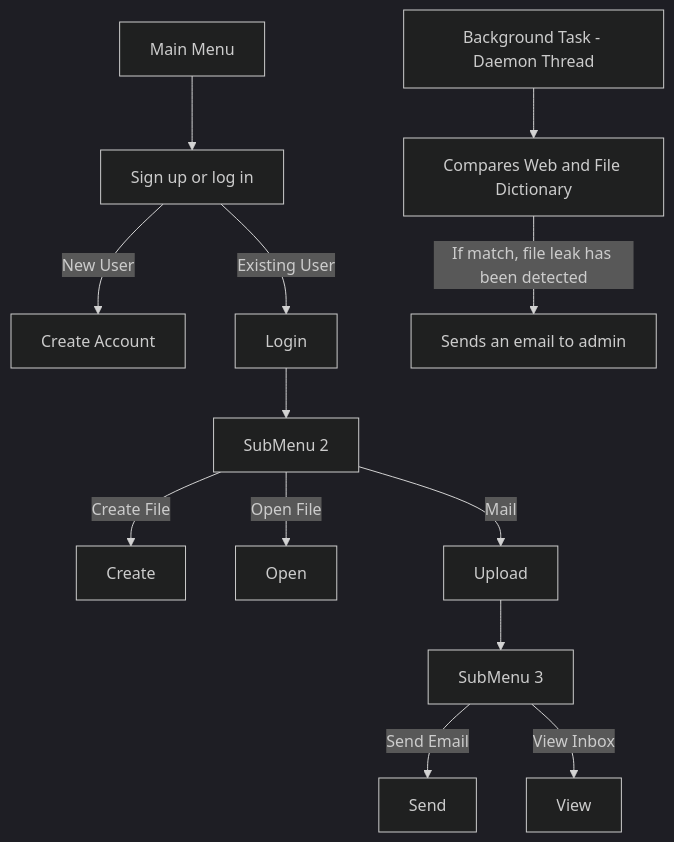
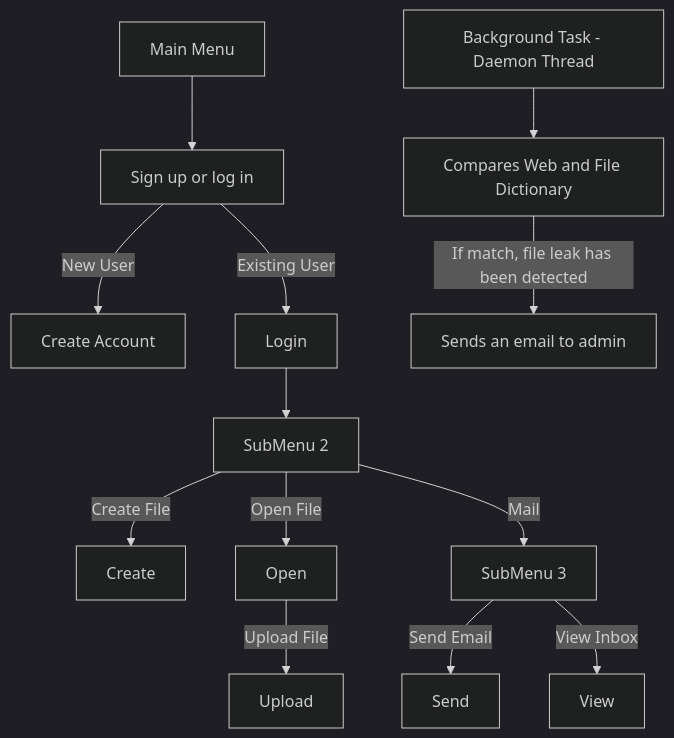
Before and after one commit to SivaaB/File_Leak_Detection: the diagram in flowchart.md, drawn with Mermaid (dark theme).

````diff
--- a/flowchart.md
+++ b/flowchart.md
@@ -1,15 +1,15 @@
 ```mermaid
  graph TD;
     A[Main Menu]-->B[Sign up or log in]
     B -->|New User| C[Create Account]
     B -->|Existing User| D[Login]
     D --> E[SubMenu 2]
     E -->|Create File| F[Create]
     E -->|Open File| G[Open]
-    E -->|Mail| H[Upload]
-    H --> I[SubMenu 3]
+    G -->|Upload File| H[Upload]
+    E -->|Mail| I[SubMenu 3]
     I -->|Send Email| J[Send]
     I -->|View Inbox| K[View]
     L[Background Task - Daemon Thread] --> M[Compares Web and File Dictionary]
     M -->|If match, file leak has been detected| N[Sends an email to admin]
  ```
````
